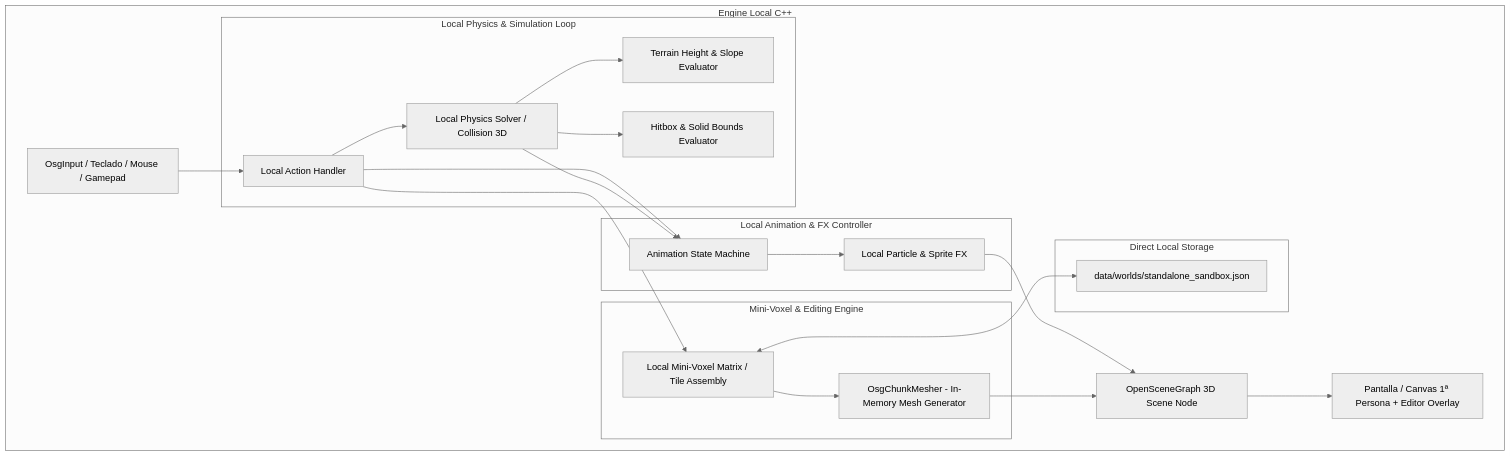
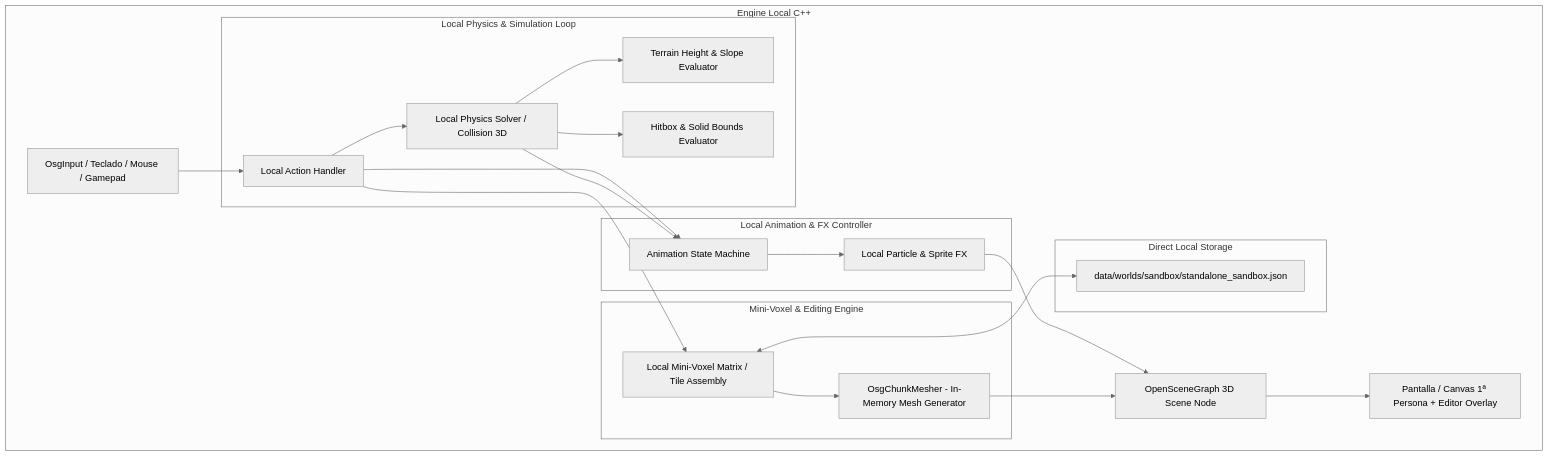
Before and after one commit to Aleckzito/MV3DOT-Raycast-Standalone: the diagram in docs/reporte_prototipo_standalone.md, drawn with Mermaid (neutral theme). The commit also changed other lines of this file and 12 other files, not shown here.

First line of the commit message:
Give each world its own folder under data/worlds

````diff
--- a/docs/reporte_prototipo_standalone.md
+++ b/docs/reporte_prototipo_standalone.md
@@ -27,31 +27,31 @@
 ```mermaid
 graph TD
     subgraph Standalone Client Executable [Engine Local C++]
         Input[OsgInput / Teclado / Mouse / Gamepad] --> ActionHandler[Local Action Handler]
         
         subgraph Local Physics & Simulation Loop
             ActionHandler --> PhysEngine[Local Physics Solver / Collision 3D]
             PhysEngine --> TerrainEval[Terrain Height & Slope Evaluator]
             PhysEngine --> HitboxEval[Hitbox & Solid Bounds Evaluator]
         end
         
         subgraph Mini-Voxel & Editing Engine
             ActionHandler --> VoxelGrid[Local Mini-Voxel Matrix / Tile Assembly]
             VoxelGrid --> LocalMeshGen[OsgChunkMesher - In-Memory Mesh Generator]
         end
         
         subgraph Local Animation & FX Controller
             PhysEngine --> AnimController[Animation State Machine]
             ActionHandler --> AnimController
             AnimController --> FXManager[Local Particle & Sprite FX]
         end
 
         LocalMeshGen --> OSGRenderer[OpenSceneGraph 3D Scene Node]
         FXManager --> OSGRenderer
         OSGRenderer --> Screen[Pantalla / Canvas 1ª Persona + Editor Overlay]
         
         subgraph Direct Local Storage
-            VoxelGrid <---> LocalJSON[data/worlds/standalone_sandbox.json]
+            VoxelGrid <---> LocalJSON[data/worlds/sandbox/standalone_sandbox.json]
         end
     end
 ```
````
